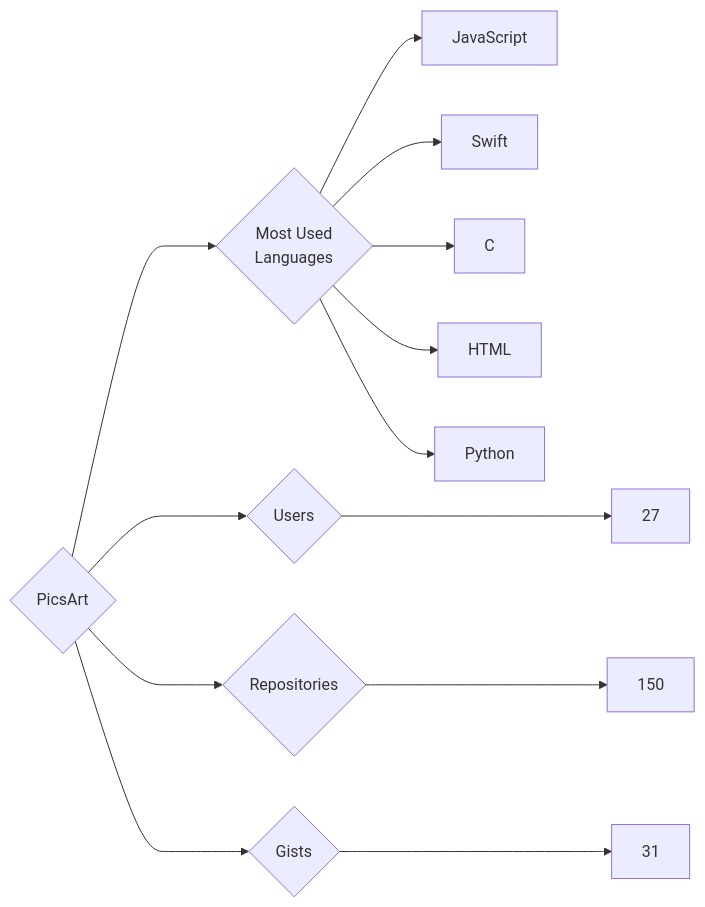
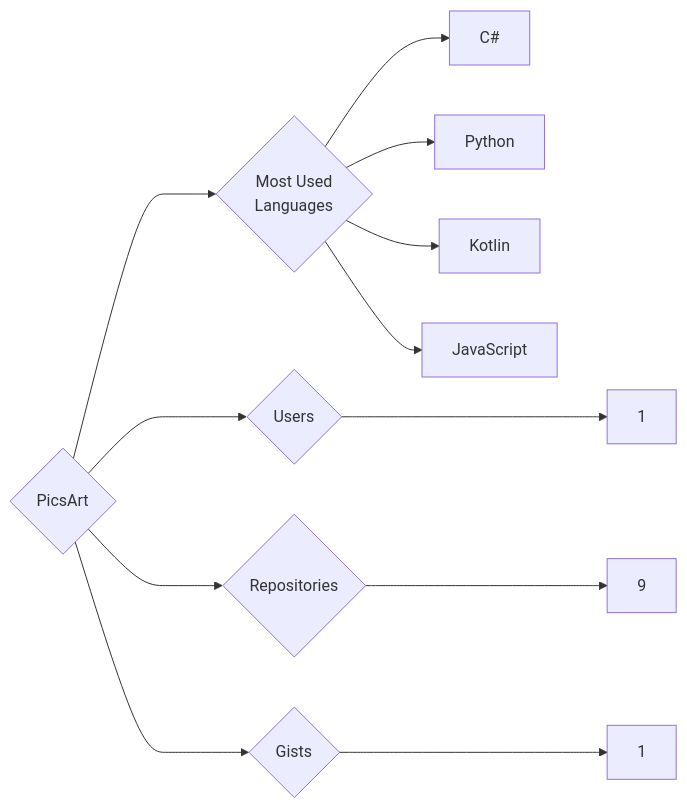
Before and after one commit to trickest/insiders: the diagram in targets/PicsArt/README.md, drawn with Mermaid. The commit also changed 920 other files, not shown here.

````diff
--- a/targets/PicsArt/README.md
+++ b/targets/PicsArt/README.md
@@ -3,13 +3,12 @@
 ```mermaid
 graph LR
 COMPANY_NAME{PicsArt}
-COMPANY_NAME ---> U{Users} ---> UN[27]
-COMPANY_NAME ---> R{Repositories} ---> RN[150]
-COMPANY_NAME ---> G{Gists} ---> GN[31]
+COMPANY_NAME ---> U{Users} ---> UN[1]
+COMPANY_NAME ---> R{Repositories} ---> RN[9]
+COMPANY_NAME ---> G{Gists} ---> GN[1]
 COMPANY_NAME ---> ML{Most Used<br>Languages}
+ML --> C#[C#]
+ML --> Python[Python]
+ML --> Kotlin[Kotlin]
 ML --> JavaScript[JavaScript]
-ML --> Swift[Swift]
-ML --> C[C]
-ML --> HTML[HTML]
-ML --> Python[Python]
 ```
````
